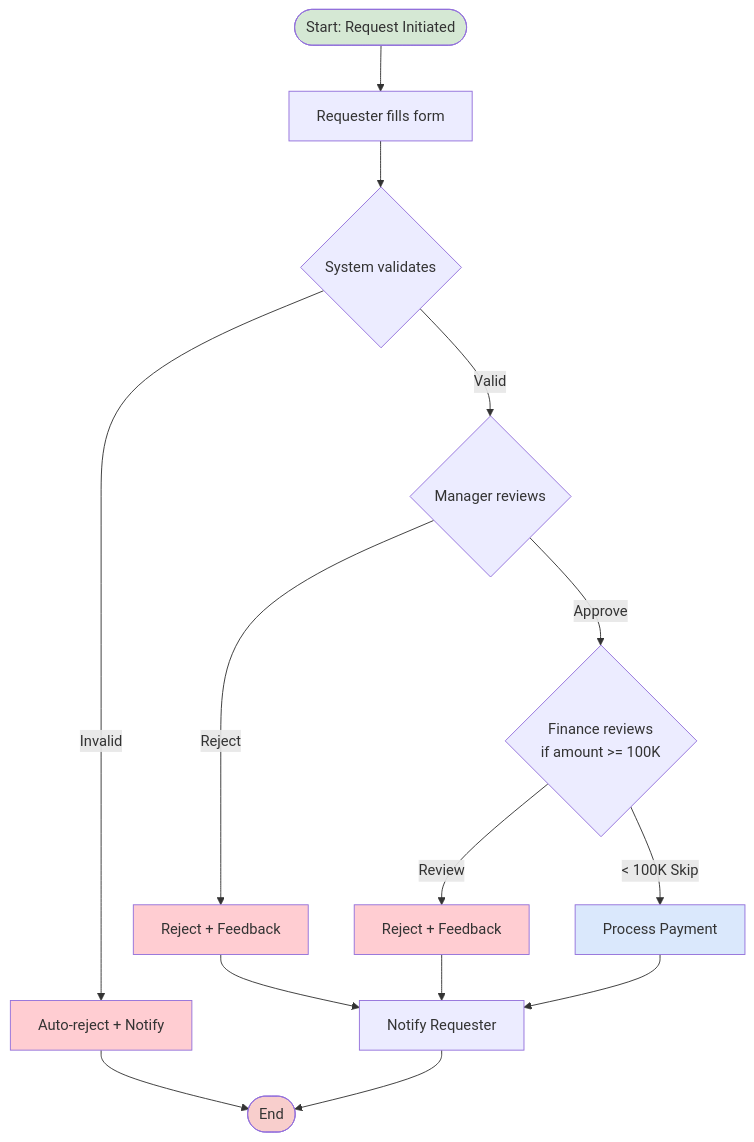
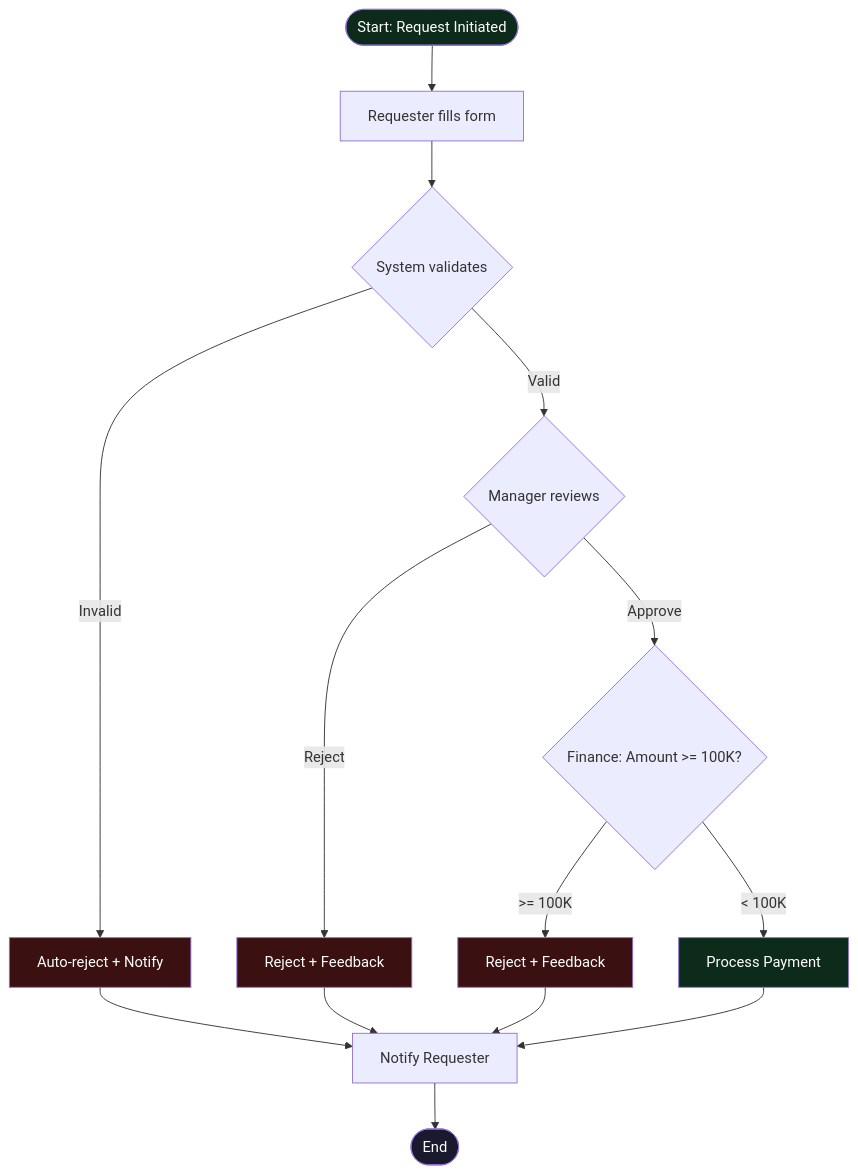
One commit to nutbadbot/diagram-templates changed the diagram in templates/process-flow/approval-workflow.md. Above: the diagram before and after it, drawn with Mermaid. The commit also changed other lines of this file and 7 other files, not shown here.

````diff
--- a/templates/process-flow/approval-workflow.md
+++ b/templates/process-flow/approval-workflow.md
@@ -16,35 +96,35 @@
 ```mermaid
 flowchart TD
     Start([Start: Request Initiated])
     A1[Requester fills form]
     S1{System validates}
     A2[Auto-reject + Notify]
     M1{Manager reviews}
     M2[Reject + Feedback]
-    F1{Finance reviews<br>if amount >= 100K}
+    F1{Finance: Amount >= 100K?}
     F2[Reject + Feedback]
     P1[Process Payment]
     N1[Notify Requester]
     End([End])
 
     Start --> A1
     A1 --> S1
     S1 -->|Invalid| A2
-    A2 --> End
+    A2 --> N1
     S1 -->|Valid| M1
     M1 -->|Reject| M2
     M2 --> N1
     M1 -->|Approve| F1
-    F1 -->|< 100K Skip| P1
-    F1 -->|Review| F2
+    F1 -->|< 100K| P1
+    F1 -->|>= 100K| F2
     F2 --> N1
     P1 --> N1
     N1 --> End
 
-    style Start fill:#d5e8d4
-    style End fill:#f8cecc
-    style A2 fill:#ffcdd2
-    style M2 fill:#ffcdd2
-    style F2 fill:#ffcdd2
-    style P1 fill:#dae8fc
+    style Start fill:#0d2b1a,color:#ffffff
+    style End fill:#1a1a2e,color:#ffffff
+    style A2 fill:#3a1010,color:#ffffff
+    style M2 fill:#3a1010,color:#ffffff
+    style F2 fill:#3a1010,color:#ffffff
+    style P1 fill:#0d2b1a,color:#ffffff
 ```
````
